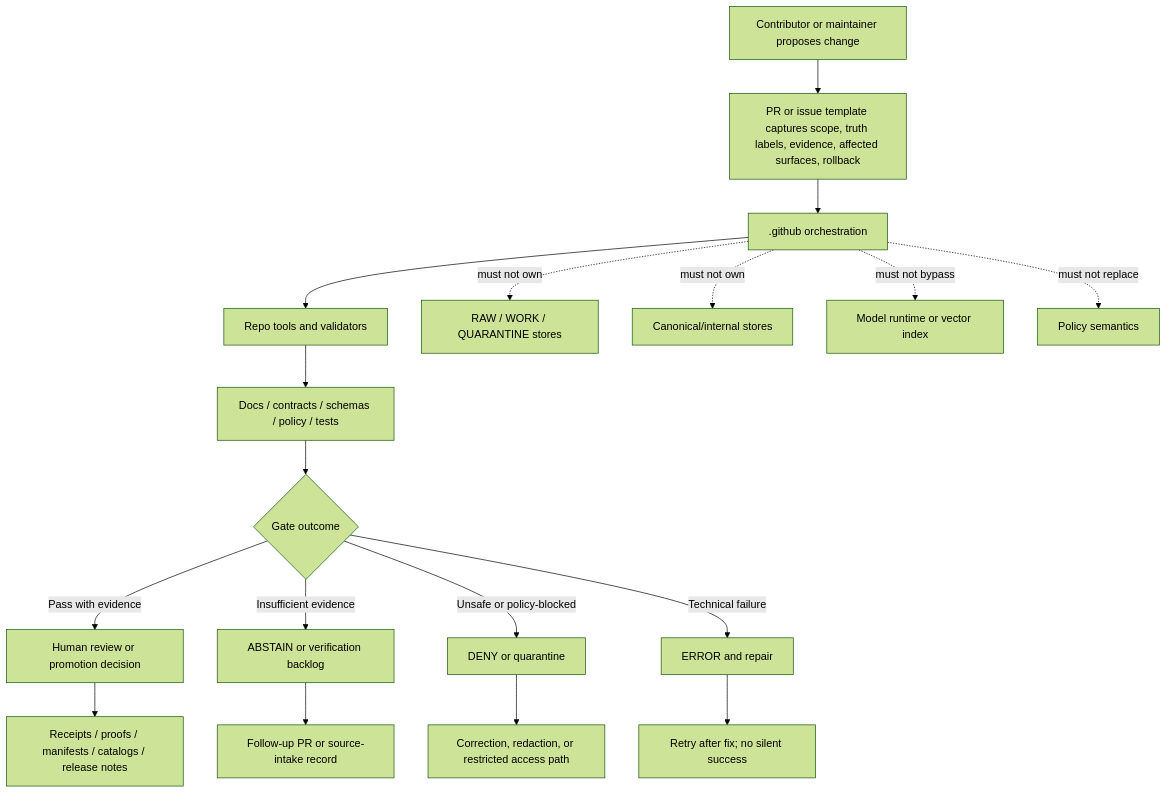
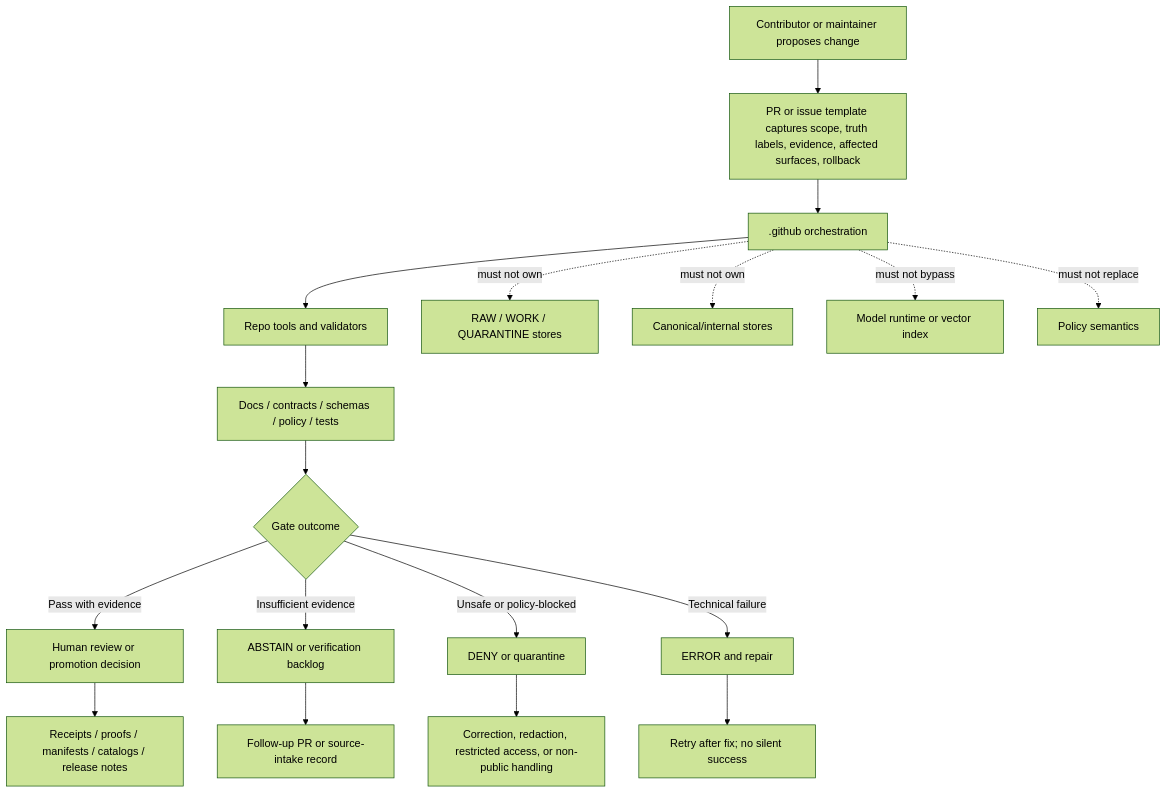
Before and after one commit to bartytime4life/Kansas-Frontier-Matrix: the diagram in .github/README.md, drawn with Mermaid (forest theme). The commit also changed other lines of this file, not shown here.

````diff
--- a/.github/README.md
+++ b/.github/README.md
@@ -223,23 +266,23 @@
 ```mermaid
 flowchart TD
     A[Contributor or maintainer proposes change] --> B[PR or issue template captures scope, truth labels, evidence, affected surfaces, rollback]
     B --> C[.github orchestration]
     C --> D[Repo tools and validators]
     D --> E[Docs / contracts / schemas / policy / tests]
     E --> F{Gate outcome}
 
     F -->|Pass with evidence| G[Human review or promotion decision]
     F -->|Insufficient evidence| H[ABSTAIN or verification backlog]
     F -->|Unsafe or policy-blocked| I[DENY or quarantine]
     F -->|Technical failure| J[ERROR and repair]
 
     G --> K[Receipts / proofs / manifests / catalogs / release notes]
     H --> L[Follow-up PR or source-intake record]
-    I --> M[Correction, redaction, or restricted access path]
+    I --> M[Correction, redaction, restricted access, or non-public handling]
     J --> N[Retry after fix; no silent success]
 
     C -. must not own .-> RAW[RAW / WORK / QUARANTINE stores]
     C -. must not own .-> CANON[Canonical/internal stores]
     C -. must not bypass .-> MODEL[Model runtime or vector index]
     C -. must not replace .-> POLICY[Policy semantics]
 ```
````
